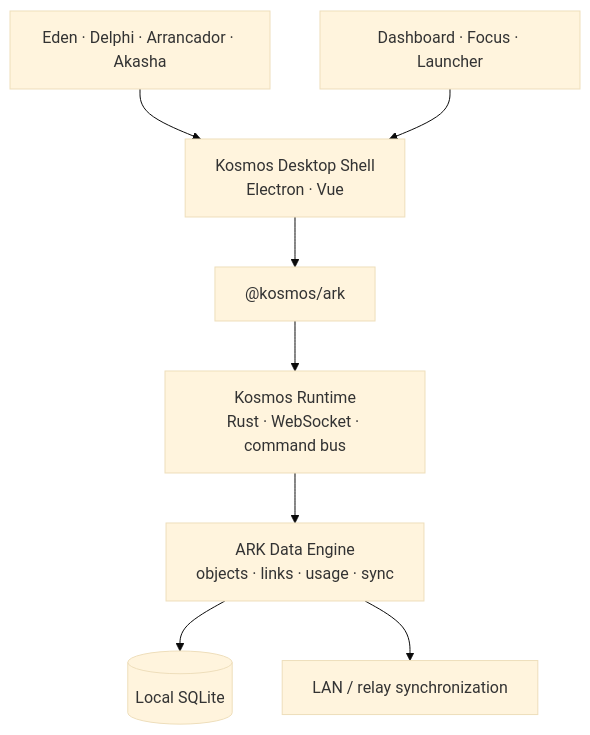
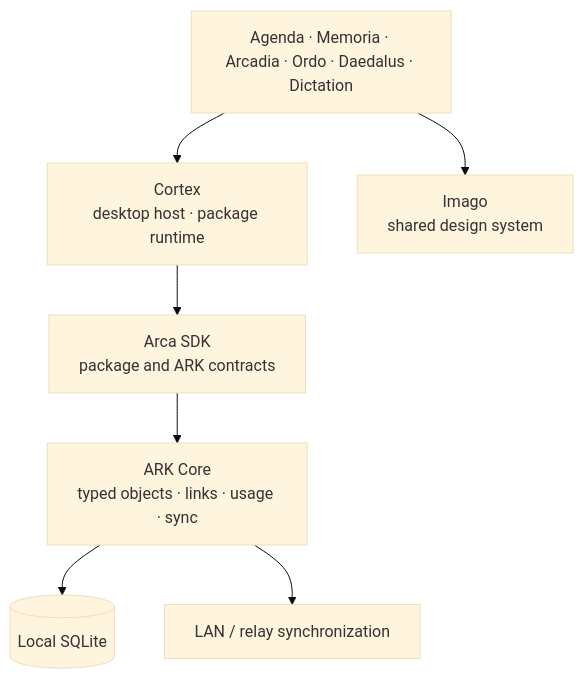
Before and after one commit to makekosmos/cortex: the diagram in README.md, drawn with Mermaid (base theme). The commit also changed other lines of this file, not shown here.

First line of the commit message:
docs: align Core README with current product architecture (#50)

````diff
--- a/README.md
+++ b/README.md
@@ -43,10 +43,9 @@
 ```mermaid
 flowchart TB
-  Apps["Eden · Delphi · Arrancador · Akasha"] --> Shell["Kosmos Desktop Shell<br/>Electron · Vue"]
-  Dashboard["Dashboard · Focus · Launcher"] --> Shell
-  Shell --> SDK["@kosmos/ark"]
-  SDK --> Runtime["Kosmos Runtime<br/>Rust · WebSocket · command bus"]
-  Runtime --> ARK["ARK Data Engine<br/>objects · links · usage · sync"]
+  Apps["Agenda · Memoria · Arcadia · Ordo · Daedalus · Dictation"] --> Cortex["Cortex<br/>desktop host · package runtime"]
+  Cortex --> SDK["Arca SDK<br/>package and ARK contracts"]
+  Apps --> Imago["Imago<br/>shared design system"]
+  SDK --> ARK["ARK Core<br/>typed objects · links · usage · sync"]
   ARK --> DB[("Local SQLite")]
   ARK --> Sync["LAN / relay synchronization"]
 ```
````
